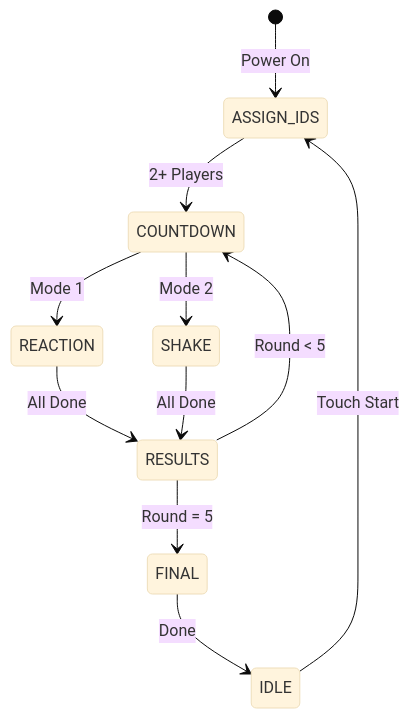
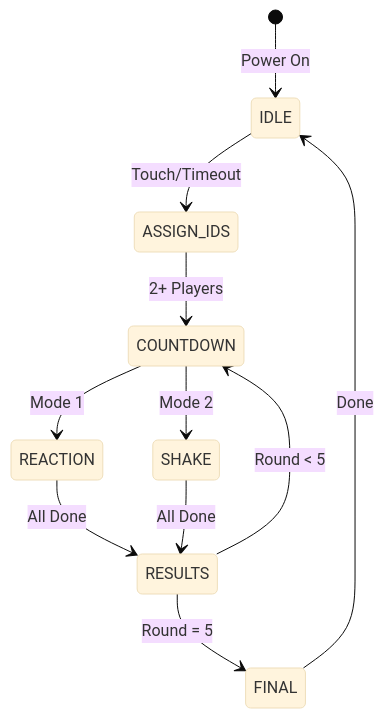
The diagram in README.md (Hydr0neFN/ReactionTimeDuel), drawn with Mermaid (base theme) before and after one commit. The commit also changed other lines of this file and 2 other files, not shown here.

````diff
--- a/README.md
+++ b/README.md
@@ -184,13 +185,13 @@
 ```mermaid
 stateDiagram-v2
-    [*] --> ASSIGN_IDS: Power On
+    [*] --> IDLE: Power On
+    IDLE --> ASSIGN_IDS: Touch/Timeout
     ASSIGN_IDS --> COUNTDOWN: 2+ Players
     COUNTDOWN --> REACTION: Mode 1
     COUNTDOWN --> SHAKE: Mode 2
     REACTION --> RESULTS: All Done
     SHAKE --> RESULTS: All Done
     RESULTS --> COUNTDOWN: Round < 5
     RESULTS --> FINAL: Round = 5
     FINAL --> IDLE: Done
-    IDLE --> ASSIGN_IDS: Touch Start
 ```
````
